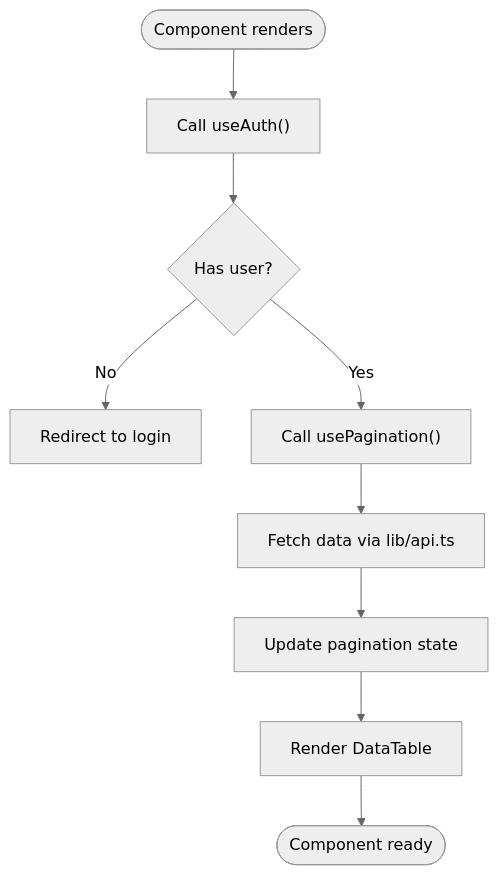
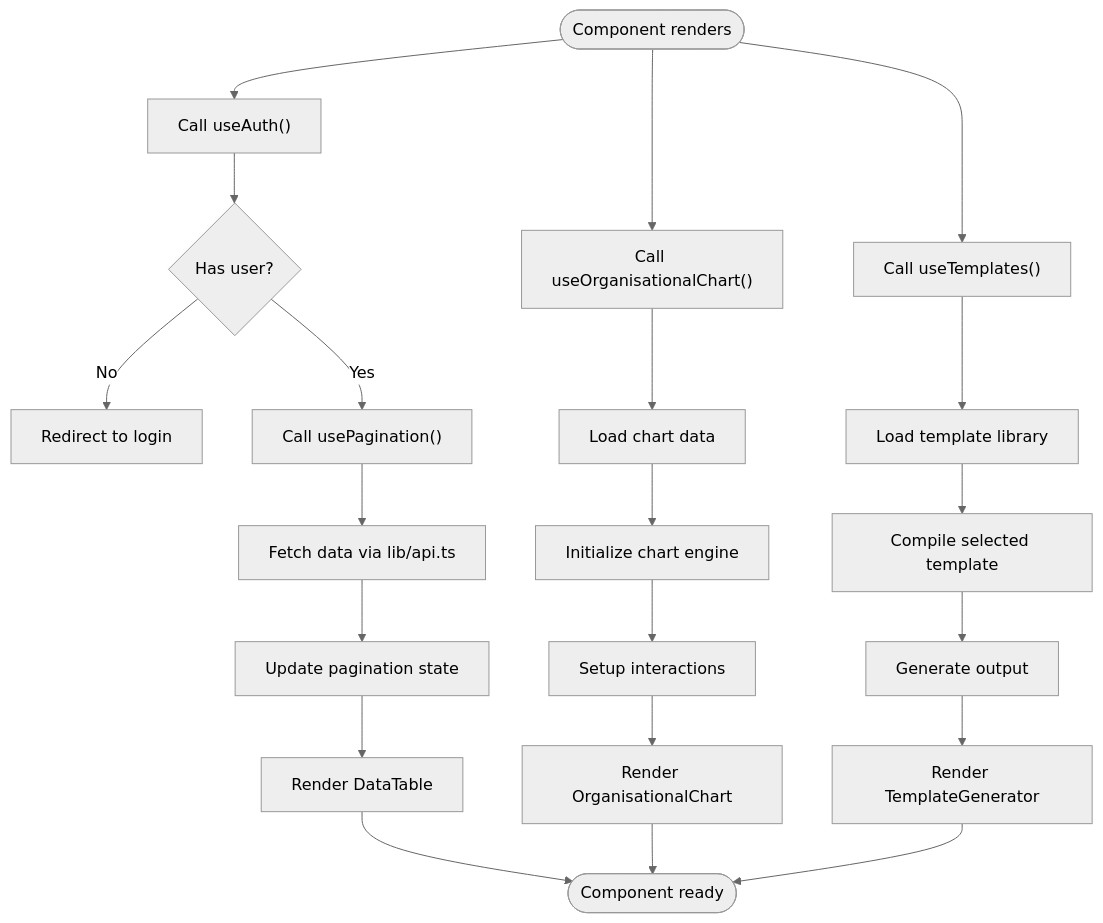
Before and after one commit to franckylab/eLISAschool: the ninth of 11 diagrams in .qoder/repowiki/en/content/System Architecture/Frontend Architecture/Component Architecture/Component Architecture.md, drawn with Mermaid (neutral theme). The commit also changed other lines of this file and 35 other files, not shown here.

First line of the commit message:
refactor(configuration): redistribuer la gestion de la configuration vers architecture distribuée

````diff
--- a/.qoder/repowiki/en/content/System Architecture/Frontend Architecture/Component Architecture/Component Architecture.md
+++ b/.qoder/repowiki/en/content/System Architecture/Frontend Architecture/Component Architecture/Component Architecture.md
@@ -229,11 +585,23 @@
 ```mermaid
 flowchart TD
 Start(["Component renders"]) --> UseAuth["Call useAuth()"]
 UseAuth --> HasUser{"Has user?"}
 HasUser --> |No| Redirect["Redirect to login"]
 HasUser --> |Yes| UsePagination["Call usePagination()"]
 UsePagination --> FetchData["Fetch data via lib/api.ts"]
 FetchData --> UpdateState["Update pagination state"]
 UpdateState --> RenderTable["Render DataTable"]
+Start --> UseChart["Call useOrganisationalChart()"]
+UseChart --> LoadChartData["Load chart data"]
+LoadChartData --> InitializeChart["Initialize chart engine"]
+InitializeChart --> SetupInteractions["Setup interactions"]
+SetupInteractions --> RenderChart["Render OrganisationalChart"]
+Start --> UseTemplates["Call useTemplates()"]
+UseTemplates --> LoadTemplates["Load template library"]
+LoadTemplates --> CompileTemplate["Compile selected template"]
+CompileTemplate --> GenerateOutput["Generate output"]
+GenerateOutput --> RenderTemplate["Render TemplateGenerator"]
 RenderTable --> End(["Component ready"])
+RenderChart --> End
+RenderTemplate --> End
 ```
````
